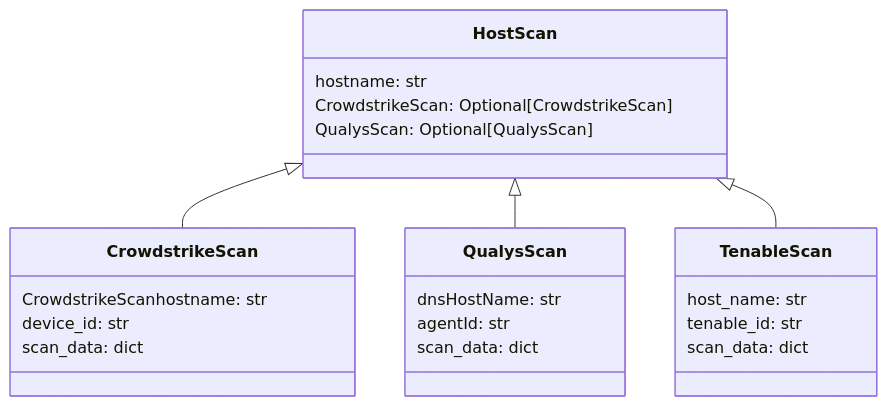
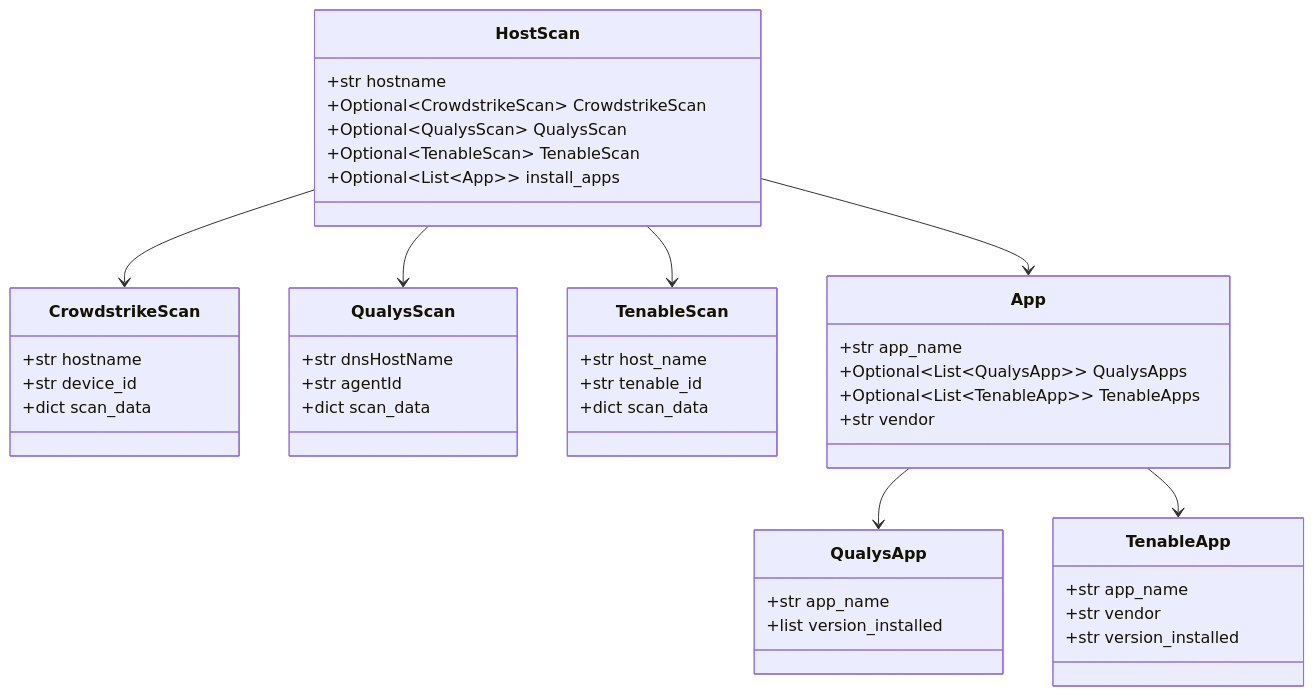
Before and after one commit to ak47us/interview-silk: the second of 2 diagrams in README.md, drawn with Mermaid. The commit also changed other lines of this file, not shown here.

Commit message:
Update formatting and class diagram to include Tenable.

````diff
--- a/README.md
+++ b/README.md
@@ -65,26 +65,54 @@
 ```mermaid
 classDiagram
-    HostScan <|-- CrowdstrikeScan
-    HostScan <|-- QualysScan
-    HostScan <|-- TenableScan
-    class HostScan{
-        hostname:        str
-        CrowdstrikeScan: Optional[CrowdstrikeScan]
-        QualysScan:      Optional[QualysScan]     
+    class CrowdstrikeScan {
+        +str hostname
+        +str device_id
+        +dict scan_data
     }
-    class CrowdstrikeScan{
-        CrowdstrikeScanhostname: str
-        device_id: str
-        scan_data: dict
+
+    class QualysScan {
+        +str dnsHostName
+        +str agentId
+        +dict scan_data
     }
-    class QualysScan{
-        dnsHostName: str
-        agentId: str
-        scan_data: dict
+
+    class TenableScan {
+        +str host_name
+        +str tenable_id
+        +dict scan_data
     }
-    class TenableScan{
-        host_name: str
-        tenable_id: str
-        scan_data:   dict
+
+    class QualysApp {
+        +str app_name
+        +list version_installed
     }
+
+    class TenableApp {
+        +str app_name
+        +str vendor
+        +str version_installed
+    }
+
+    class App {
+        +str app_name
+        +Optional~List~QualysApp~~ QualysApps
+        +Optional~List~TenableApp~~ TenableApps
+        +str vendor
+    }
+
+    class HostScan {
+        +str hostname
+        +Optional~CrowdstrikeScan~ CrowdstrikeScan
+        +Optional~QualysScan~ QualysScan
+        +Optional~TenableScan~ TenableScan
+        +Optional~List~App~~ install_apps
+    }
+
+    HostScan --> CrowdstrikeScan
+    HostScan --> QualysScan
+    HostScan --> TenableScan
+    HostScan --> App
+    App --> QualysApp
+    App --> TenableApp
+
 ```
````
